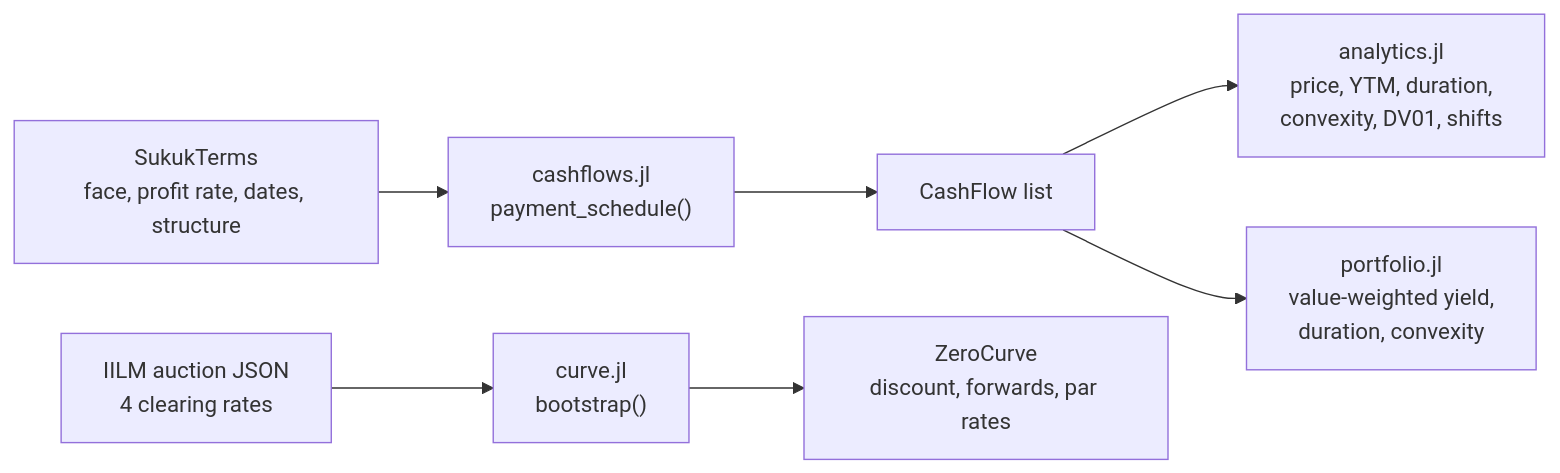
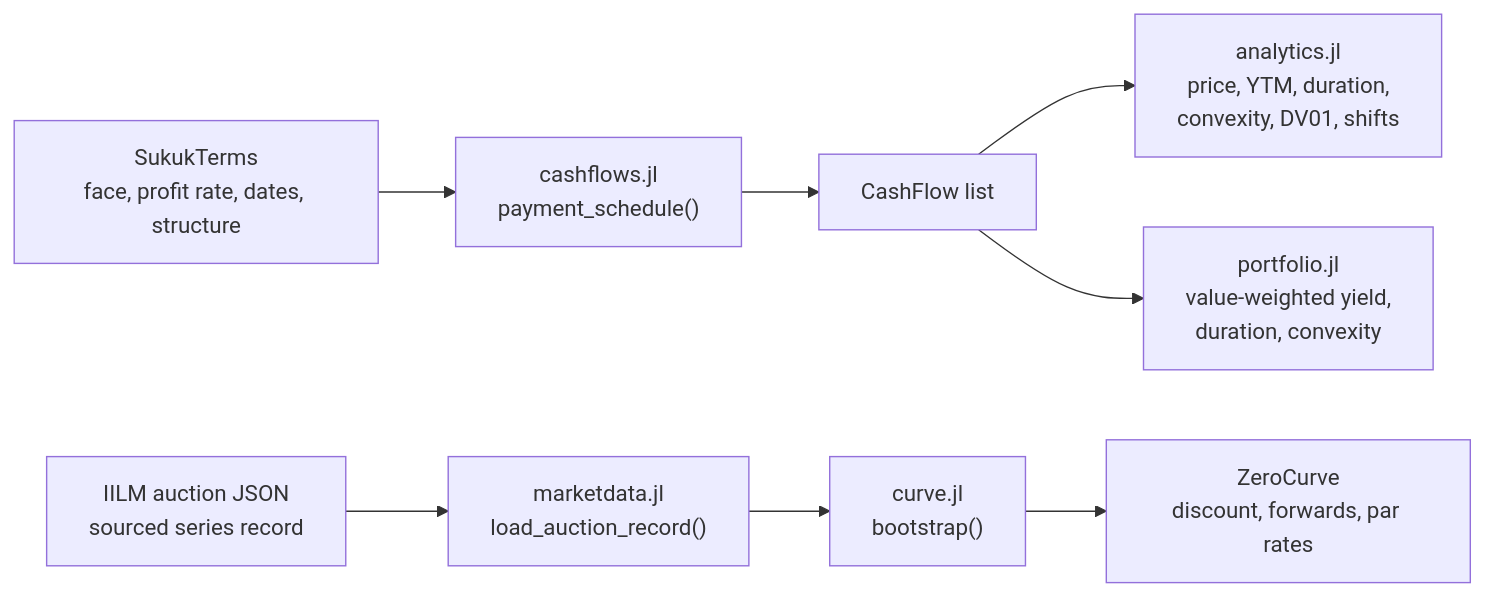
Before and after one commit to FaiyazEnayet/sukuklab: the diagram in README.md, drawn with Mermaid. The commit also changed other lines of this file and 1 other file, not shown here.

First line of the commit message:
Document the IILM reconstruction

````diff
--- a/README.md
+++ b/README.md
@@ -48,9 +48,10 @@
 ```mermaid
 flowchart LR
     A["SukukTerms<br/>face, profit rate, dates, structure"] --> B["cashflows.jl<br/>payment_schedule()"]
     B --> C["CashFlow list"]
     C --> D["analytics.jl<br/>price, YTM, duration,<br/>convexity, DV01, shifts"]
-    E["IILM auction JSON<br/>4 clearing rates"] --> F["curve.jl<br/>bootstrap()"]
+    E["IILM auction JSON<br/>sourced series record"] --> M["marketdata.jl<br/>load_auction_record()"]
+    M --> F["curve.jl<br/>bootstrap()"]
     F --> G["ZeroCurve<br/>discount, forwards, par rates"]
     C --> H["portfolio.jl<br/>value-weighted yield,<br/>duration, convexity"]
 ```
````
